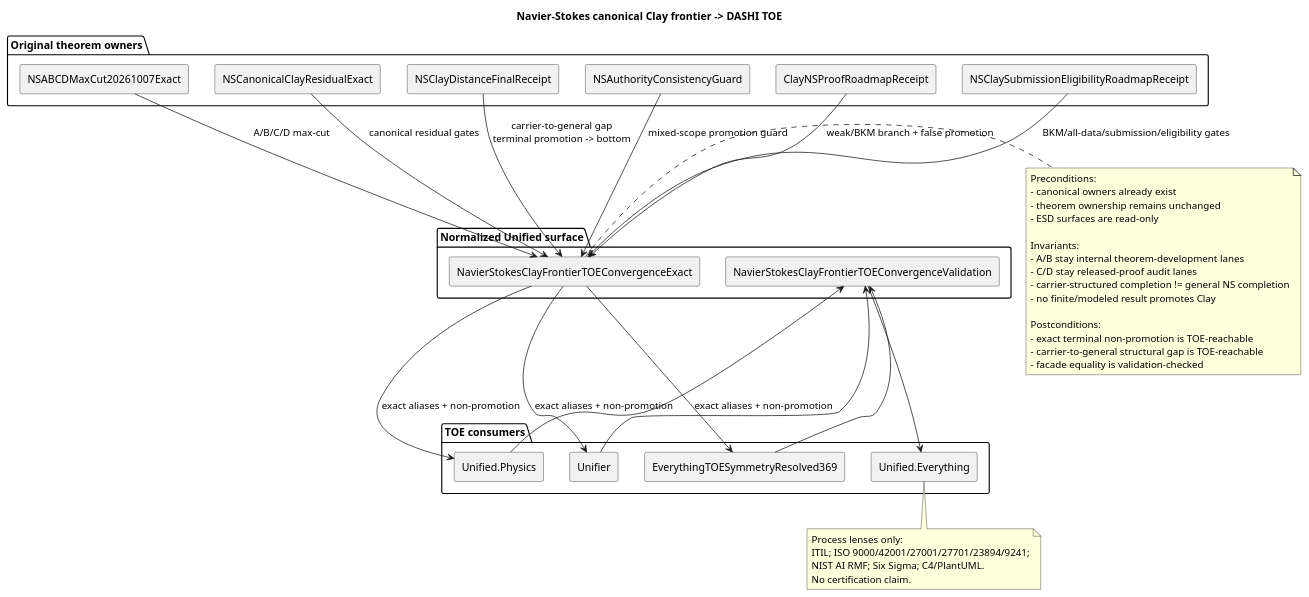
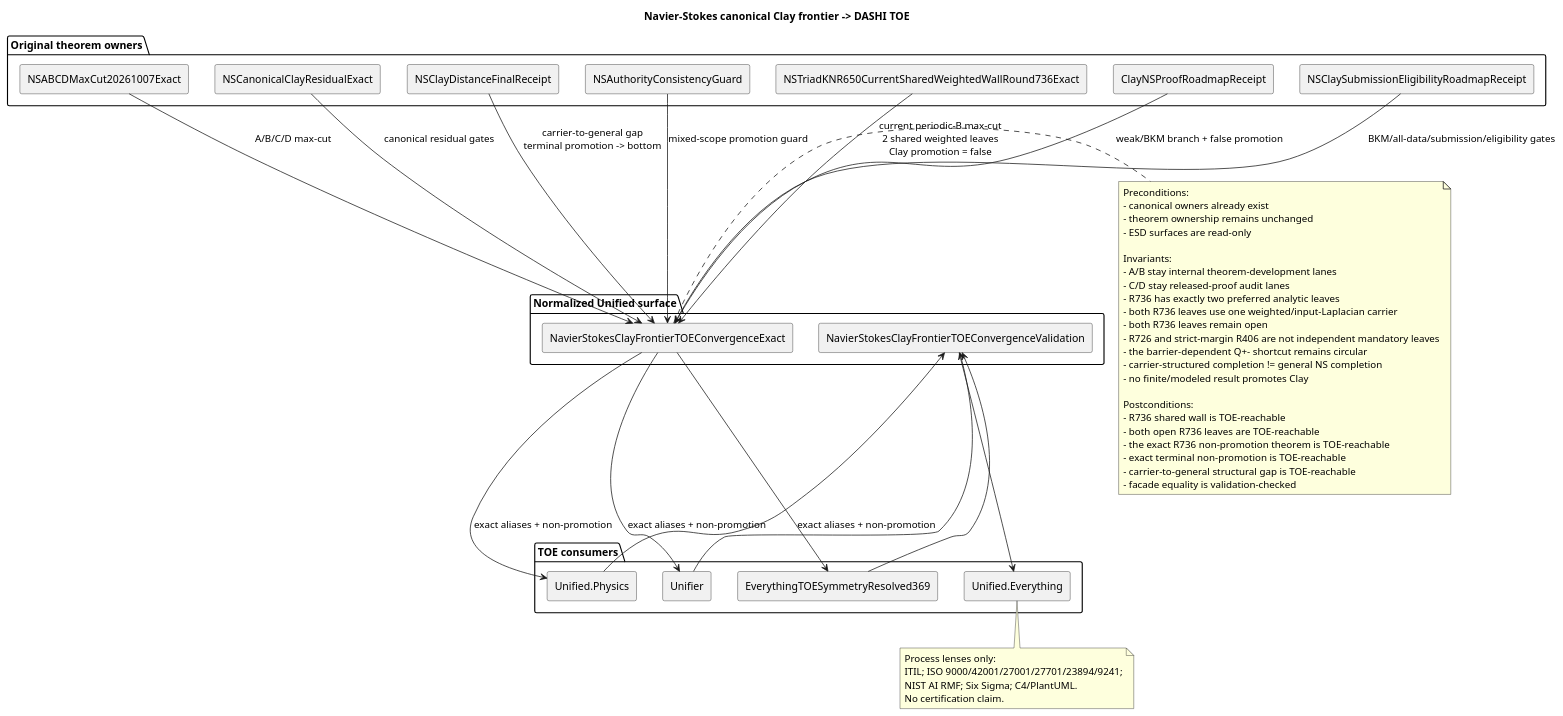
One commit to chboishabba/dashi_agda changed the diagram in Docs/architecture/NavierStokesClayFrontierTOEConvergence.puml. Above: the diagram before and after it, drawn with PlantUML.

Commit message:
TOE NS: update C4 view for R736 shared weighted wall

```diff
--- a/Docs/architecture/NavierStokesClayFrontierTOEConvergence.puml
+++ b/Docs/architecture/NavierStokesClayFrontierTOEConvergence.puml
@@ -1,67 +1,77 @@
 @startuml
 title Navier-Stokes canonical Clay frontier -> DASHI TOE
 
 skinparam componentStyle rectangle
 
 package "Original theorem owners" {
   [NSABCDMaxCut20261007Exact] as ABCD
   [NSCanonicalClayResidualExact] as Residual
   [NSClayDistanceFinalReceipt] as Distance
   [NSAuthorityConsistencyGuard] as Guard
+  [NSTriadKNR650CurrentSharedWeightedWallRound736Exact] as R736
   [ClayNSProofRoadmapReceipt] as Roadmap
   [NSClaySubmissionEligibilityRoadmapReceipt] as Eligibility
 }
 
 package "Normalized Unified surface" {
   [NavierStokesClayFrontierTOEConvergenceExact] as Facade
   [NavierStokesClayFrontierTOEConvergenceValidation] as Validation
 }
 
 package "TOE consumers" {
   [EverythingTOESymmetryResolved369] as TOE
   [Unifier] as Unifier
   [Unified.Physics] as Physics
   [Unified.Everything] as Everything
 }
 
 ABCD --> Facade : A/B/C/D max-cut
 Residual --> Facade : canonical residual gates
 Distance --> Facade : carrier-to-general gap\nterminal promotion -> bottom
 Guard --> Facade : mixed-scope promotion guard
+R736 --> Facade : current periodic-B max-cut\n2 shared weighted leaves\nClay promotion = false
 Roadmap --> Facade : weak/BKM branch + false promotion
 Eligibility --> Facade : BKM/all-data/submission/eligibility gates
 
 Facade --> TOE : exact aliases + non-promotion
 Facade --> Unifier : exact aliases + non-promotion
 Facade --> Physics : exact aliases + non-promotion
 
 TOE --> Validation
 Unifier --> Validation
 Physics --> Validation
 Validation --> Everything
 
 note right of Facade
 Preconditions:
 - canonical owners already exist
 - theorem ownership remains unchanged
 - ESD surfaces are read-only
 
 Invariants:
 - A/B stay internal theorem-development lanes
 - C/D stay released-proof audit lanes
+- R736 has exactly two preferred analytic leaves
+- both R736 leaves use one weighted/input-Laplacian carrier
+- both R736 leaves remain open
+- R726 and strict-margin R406 are not independent mandatory leaves
+- the barrier-dependent Q+- shortcut remains circular
 - carrier-structured completion != general NS completion
 - no finite/modeled result promotes Clay
 
 Postconditions:
+- R736 shared wall is TOE-reachable
+- both open R736 leaves are TOE-reachable
+- the exact R736 non-promotion theorem is TOE-reachable
 - exact terminal non-promotion is TOE-reachable
 - carrier-to-general structural gap is TOE-reachable
 - facade equality is validation-checked
 end note
 
 note bottom of Everything
 Process lenses only:
 ITIL; ISO 9000/42001/27001/27701/23894/9241;
 NIST AI RMF; Six Sigma; C4/PlantUML.
 No certification claim.
 end note
 @enduml
```
